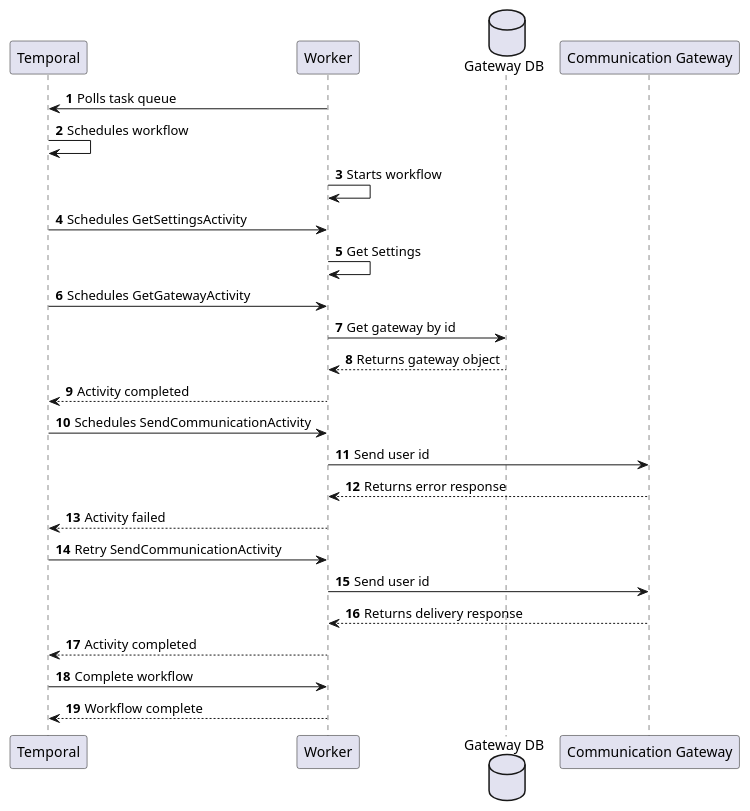
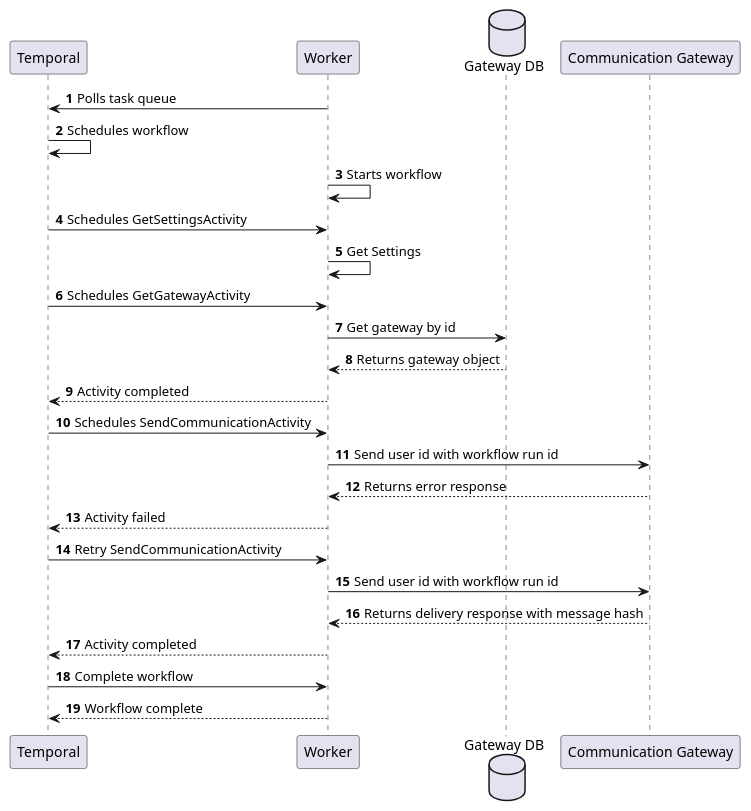
The diagram in Designs/Sequence Diagrams/SendCommunicationHandleError.puml (CameronWard301/communication_scheduler), drawn with PlantUML before and after one commit. The commit also changed 9 other files, not shown here.

Commit message:
refined Gateway design to accept workflowRunId

```diff
--- a/Designs/Sequence Diagrams/SendCommunicationHandleError.puml
+++ b/Designs/Sequence Diagrams/SendCommunicationHandleError.puml
@@ -1,30 +1,30 @@
 @startuml Create New Workflow
 
 participant "Temporal" as temporal
 participant "Worker" as worker
 database "Gateway DB" as gwdb
 
 participant "Communication Gateway" as cgw
 
 autonumber
 
 worker -> temporal: Polls task queue
 temporal -> temporal: Schedules workflow
 worker -> worker: Starts workflow
 temporal -> worker: Schedules GetSettingsActivity
 worker -> worker: Get Settings
 temporal -> worker: Schedules GetGatewayActivity
 worker -> gwdb: Get gateway by id
 gwdb --> worker: Returns gateway object
 worker --> temporal: Activity completed
 temporal -> worker: Schedules SendCommunicationActivity
-worker -> cgw: Send user id
+worker -> cgw: Send user id with workflow run id
 cgw --> worker: Returns error response
 worker --> temporal: Activity failed
 temporal -> worker: Retry SendCommunicationActivity
-worker -> cgw: Send user id
-cgw --> worker: Returns delivery response
+worker -> cgw: Send user id with workflow run id
+cgw --> worker: Returns delivery response with message hash
 worker --> temporal: Activity completed
 temporal -> worker: Complete workflow
 worker --> temporal: Workflow complete
 @enduml
```
